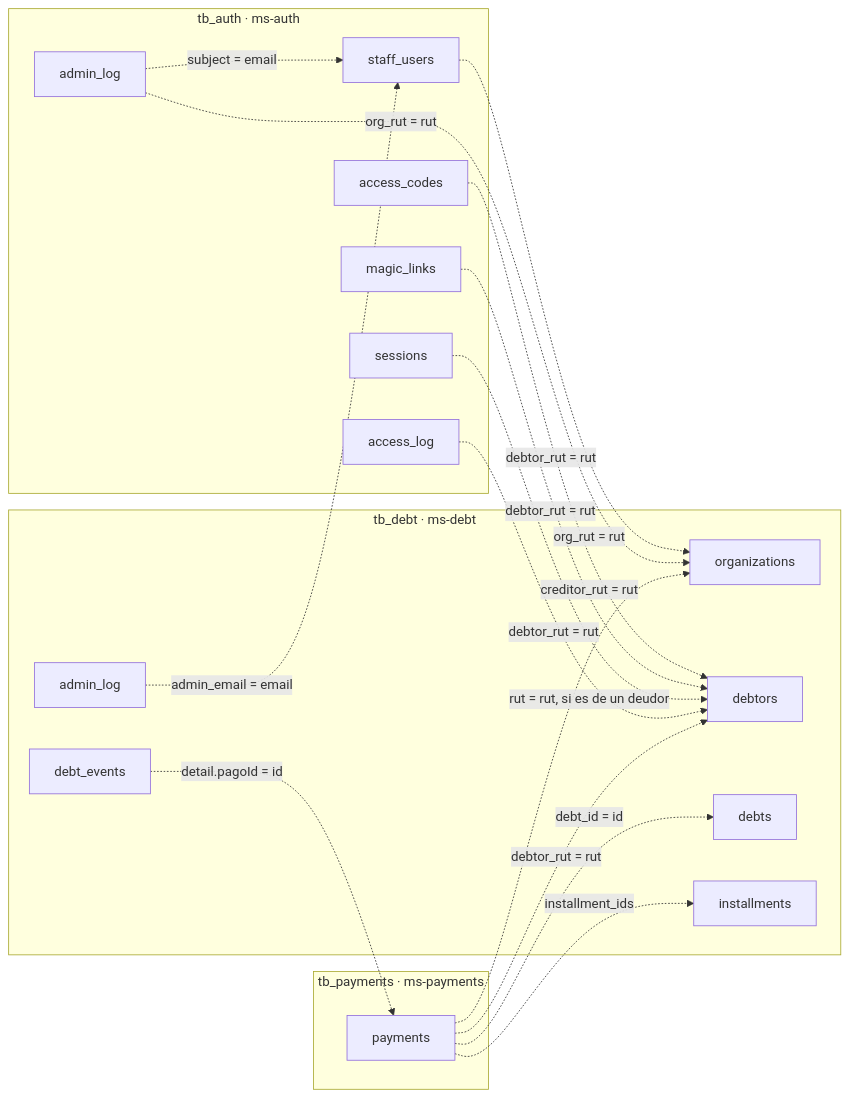
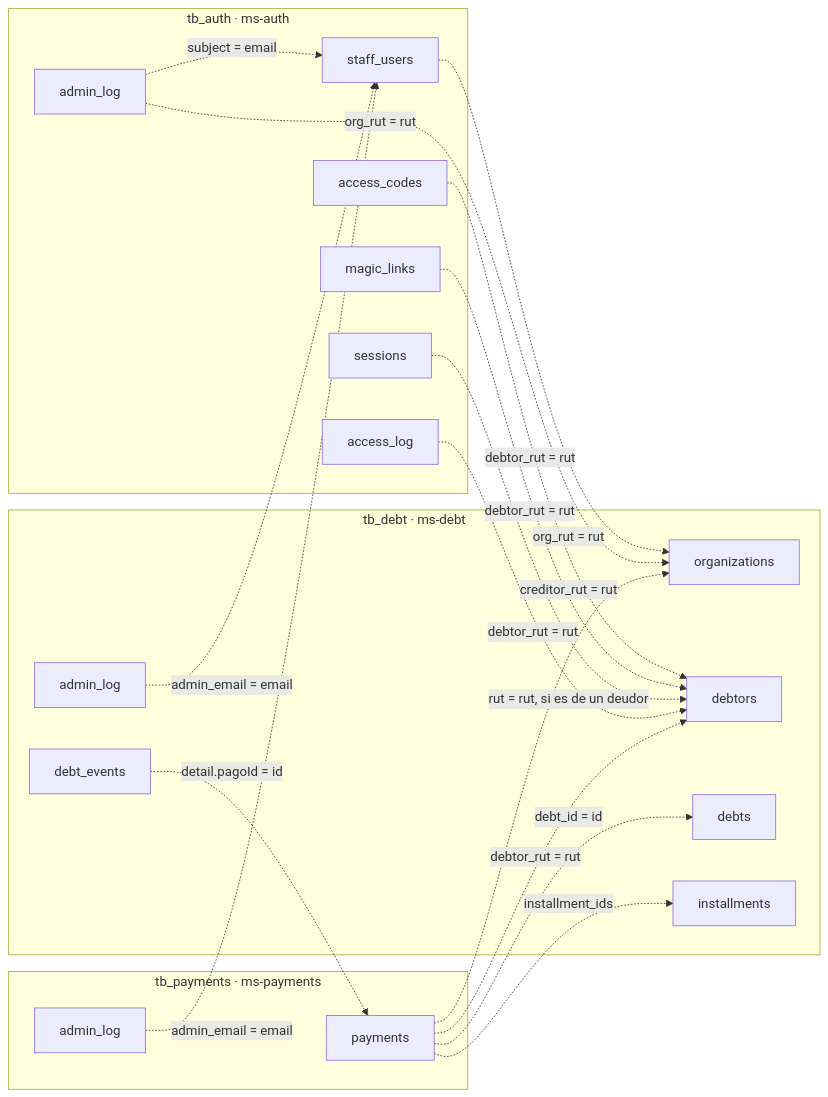
The fifth of 5 diagrams in docs/diagramas/entidad-relacion.md (TechnicalBridge/DataBridge), drawn with Mermaid before and after one commit. The commit also changed other lines of this file and 31 other files, not shown here.

````diff
--- a/docs/diagramas/entidad-relacion.md
+++ b/docs/diagramas/entidad-relacion.md
@@ -552,35 +561,37 @@
 ```mermaid
 flowchart LR
     subgraph AUTH["tb_auth · ms-auth"]
         staff_users["staff_users"]
         access_codes["access_codes"]
         magic_links["magic_links"]
         sessions["sessions"]
         access_log["access_log"]
         auth_admin_log["admin_log"]
     end
     subgraph DEBT["tb_debt · ms-debt"]
         organizations["organizations"]
         debtors["debtors"]
         debts["debts"]
         installments["installments"]
         debt_events["debt_events"]
         debt_admin_log["admin_log"]
     end
     subgraph PAY["tb_payments · ms-payments"]
         payments["payments"]
+        pay_admin_log["admin_log"]
     end
     staff_users -. "org_rut = rut" .-> organizations
     auth_admin_log -. "org_rut = rut" .-> organizations
     auth_admin_log -. "subject = email" .-> staff_users
     debt_admin_log -. "admin_email = email" .-> staff_users
+    pay_admin_log -. "admin_email = email" .-> staff_users
     access_codes -. "debtor_rut = rut" .-> debtors
     magic_links -. "debtor_rut = rut" .-> debtors
     sessions -. "rut = rut, si es de un deudor" .-> debtors
     access_log -. "debtor_rut = rut" .-> debtors
     payments -. "debt_id = id" .-> debts
     payments -. "installment_ids" .-> installments
     payments -. "debtor_rut = rut" .-> debtors
     payments -. "creditor_rut = rut" .-> organizations
     debt_events -. "detail.pagoId = id" .-> payments
 ```
````
